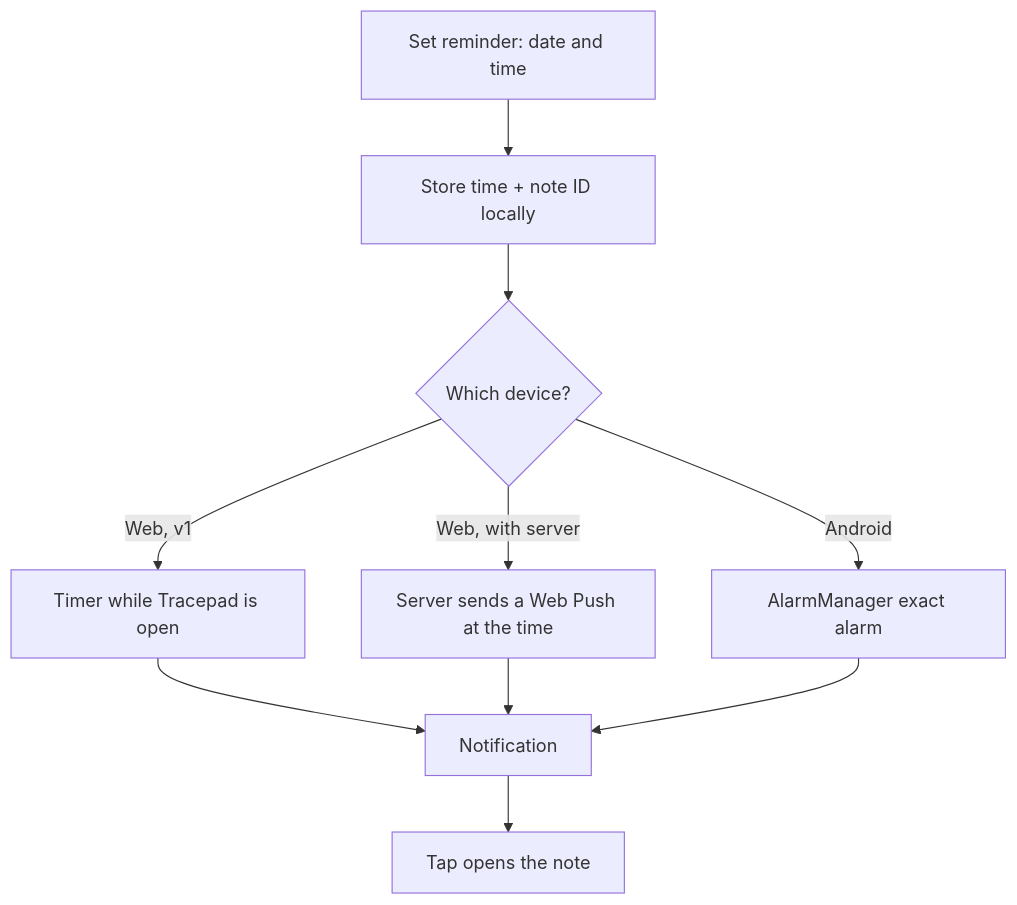
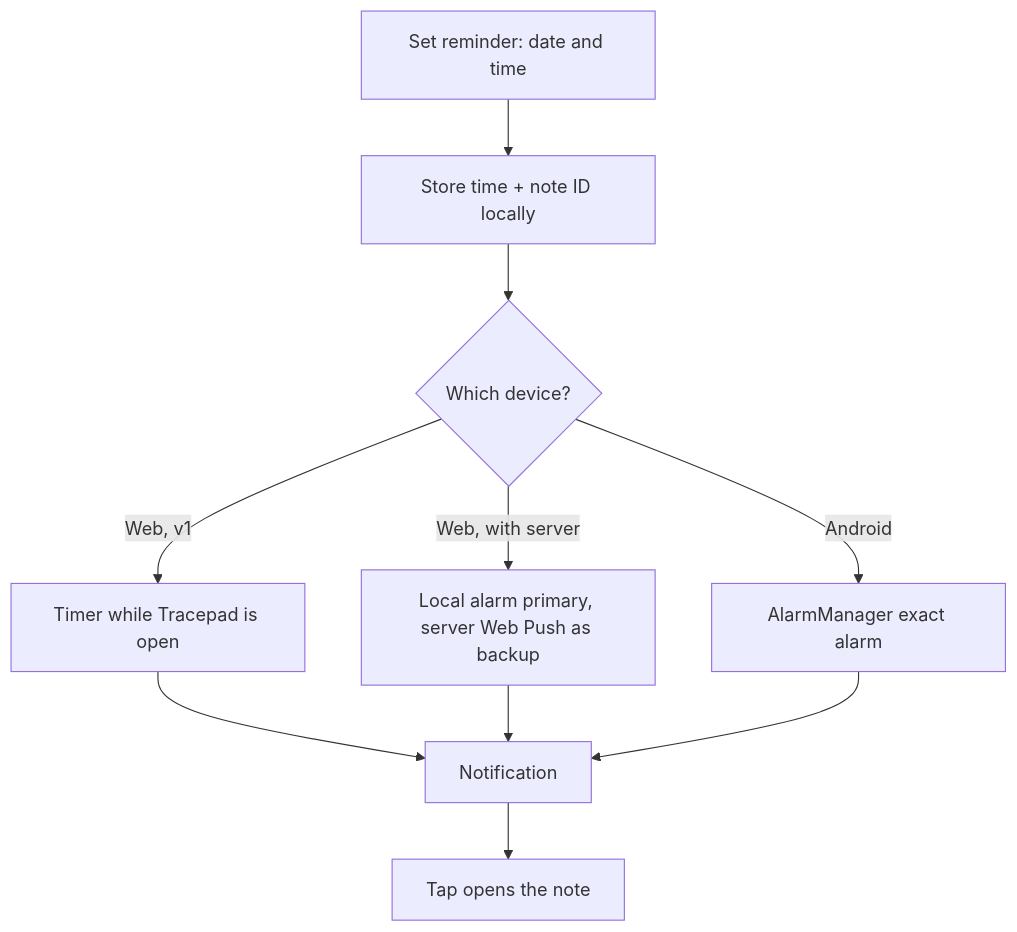
The fourth of 7 diagrams in docs/Tracepad-Full-Flow.md (jarviswuod/tracepad), drawn with Mermaid before and after one commit. The commit also changed other lines of this file, not shown here.

````diff
--- a/docs/Tracepad-Full-Flow.md
+++ b/docs/Tracepad-Full-Flow.md
@@ -276,12 +276,12 @@
 ```mermaid
 flowchart TD
     set["Set reminder: date and time"] --> store["Store time + note ID locally"]
     store --> where{"Which device?"}
     where -->|Web, v1| timer["Timer while Tracepad is open"]
-    where -->|Web, with server| push["Server sends a Web Push at the time"]
+    where -->|Web, with server| push["Local alarm primary, server Web Push as backup"]
     where -->|Android| alarm["AlarmManager exact alarm"]
     timer --> fire["Notification"]
     push --> fire
     alarm --> fire
     fire --> tap["Tap opens the note"]
 ```
````
